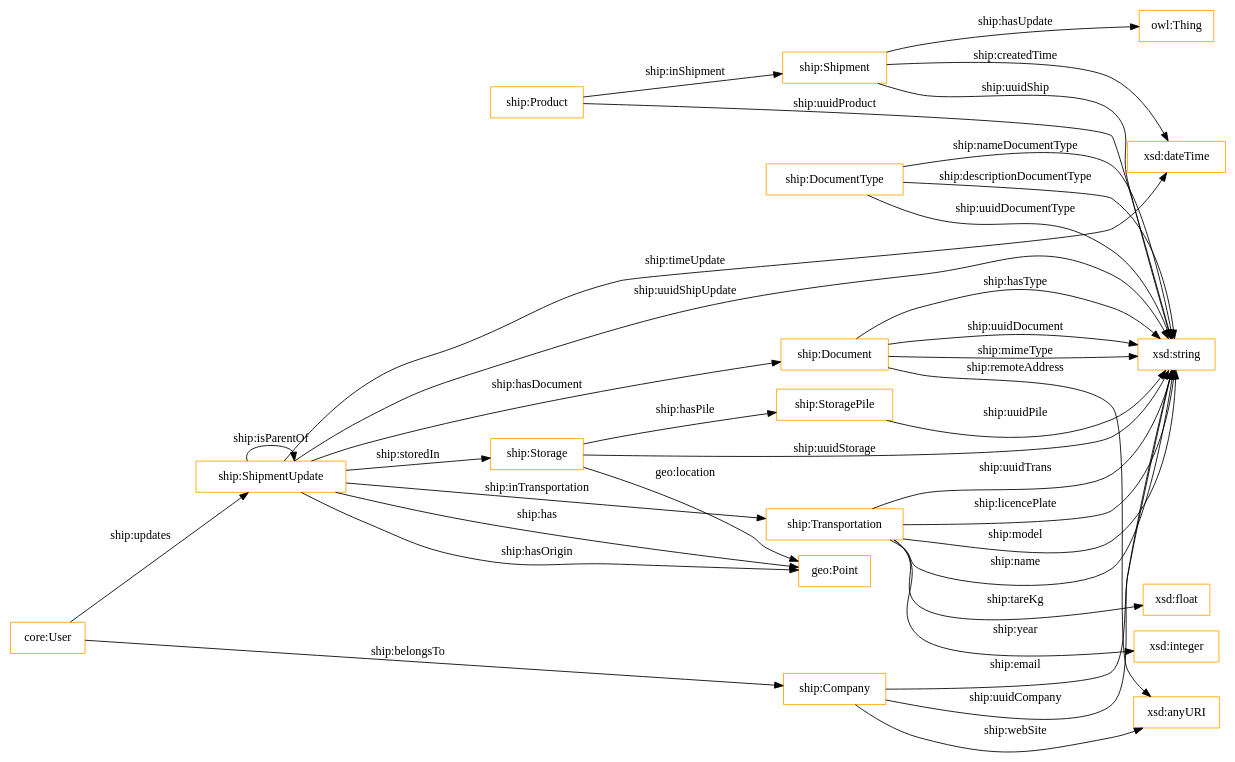
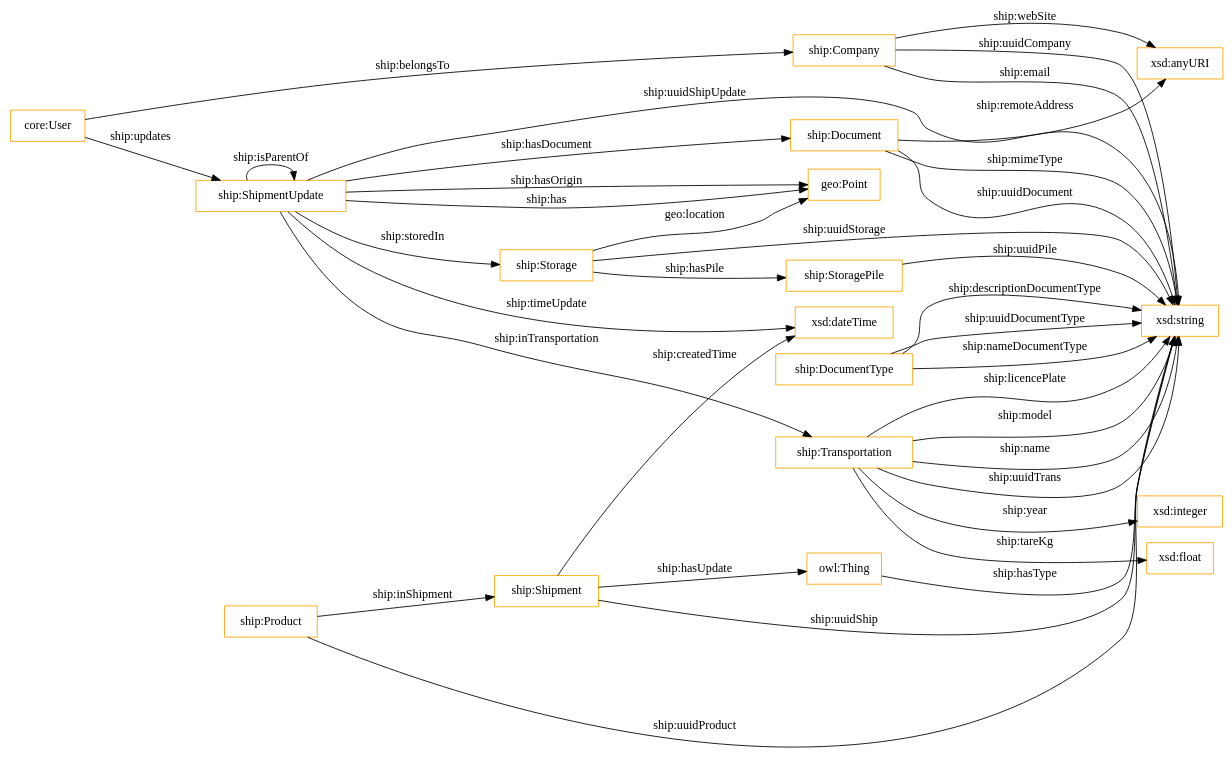
One commit to oeg-upm/auroral-shipmentBiomass-ontology changed the diagram in OnToology/ontology/shipment.ttl/diagrams/ar2dtool-class/shipment.ttl.png.dot. Above: the diagram before and after it, drawn with Graphviz. The commit also changed 12 other files, not shown here.

```diff
--- a/OnToology/ontology/shipment.ttl/diagrams/ar2dtool-class/shipment.ttl.png.dot
+++ b/OnToology/ontology/shipment.ttl/diagrams/ar2dtool-class/shipment.ttl.png.dot
@@ -1,41 +1,41 @@
 digraph ar2dtool_diagram { 
 rankdir=LR;
 size="1501"
 node [shape = rectangle, color="orange"]; "ship:Shipment" "ship:ShipmentUpdate" "ship:DocumentType" "core:User" "ship:Product" "ship:Document" "ship:Storage" "ship:StoragePile" "ship:Transportation" "ship:Company" "geo:Point" ; /*classes style*/
 	"ship:ShipmentUpdate" -> "ship:Document" [ label = "ship:hasDocument" ];
 	"ship:Company" -> "xsd:anyURI" [ label = "ship:webSite" ];
 	"ship:ShipmentUpdate" -> "geo:Point" [ label = "ship:has" ];
 	"ship:Transportation" -> "xsd:integer" [ label = "ship:year" ];
 	"ship:Product" -> "ship:Shipment" [ label = "ship:inShipment" ];
 	"ship:Company" -> "xsd:string" [ label = "ship:email" ];
 	"core:User" -> "ship:ShipmentUpdate" [ label = "ship:updates" ];
 	"ship:Transportation" -> "xsd:string" [ label = "ship:uuidTrans" ];
 	"ship:DocumentType" -> "xsd:string" [ label = "ship:nameDocumentType" ];
-	"ship:Document" -> "xsd:string" [ label = "ship:hasType" ];
+	"owl:Thing" -> "xsd:string" [ label = "ship:hasType" ];
 	"ship:ShipmentUpdate" -> "xsd:dateTime" [ label = "ship:timeUpdate" ];
 	"ship:StoragePile" -> "xsd:string" [ label = "ship:uuidPile" ];
 	"ship:ShipmentUpdate" -> "ship:ShipmentUpdate" [ label = "ship:isParentOf" ];
 	"ship:Company" -> "xsd:string" [ label = "ship:uuidCompany" ];
 	"ship:Storage" -> "geo:Point" [ label = "geo:location" ];
 	"ship:Transportation" -> "xsd:string" [ label = "ship:licencePlate" ];
 	"ship:ShipmentUpdate" -> "ship:Storage" [ label = "ship:storedIn" ];
 	"core:User" -> "ship:Company" [ label = "ship:belongsTo" ];
 	"ship:Shipment" -> "xsd:string" [ label = "ship:uuidShip" ];
 	"ship:Storage" -> "ship:StoragePile" [ label = "ship:hasPile" ];
 	"ship:Shipment" -> "xsd:dateTime" [ label = "ship:createdTime" ];
 	"ship:DocumentType" -> "xsd:string" [ label = "ship:descriptionDocumentType" ];
 	"ship:Transportation" -> "xsd:string" [ label = "ship:model" ];
 	"ship:Document" -> "xsd:string" [ label = "ship:uuidDocument" ];
 	"ship:ShipmentUpdate" -> "ship:Transportation" [ label = "ship:inTransportation" ];
 	"ship:Product" -> "xsd:string" [ label = "ship:uuidProduct" ];
 	"ship:Document" -> "xsd:anyURI" [ label = "ship:remoteAddress" ];
 	"ship:Document" -> "xsd:string" [ label = "ship:mimeType" ];
 	"ship:Transportation" -> "xsd:float" [ label = "ship:tareKg" ];
 	"ship:Shipment" -> "owl:Thing" [ label = "ship:hasUpdate" ];
 	"ship:ShipmentUpdate" -> "geo:Point" [ label = "ship:hasOrigin" ];
 	"ship:Transportation" -> "xsd:string" [ label = "ship:name" ];
 	"ship:ShipmentUpdate" -> "xsd:string" [ label = "ship:uuidShipUpdate" ];
 	"ship:Storage" -> "xsd:string" [ label = "ship:uuidStorage" ];
 	"ship:DocumentType" -> "xsd:string" [ label = "ship:uuidDocumentType" ];
 
 }
```
